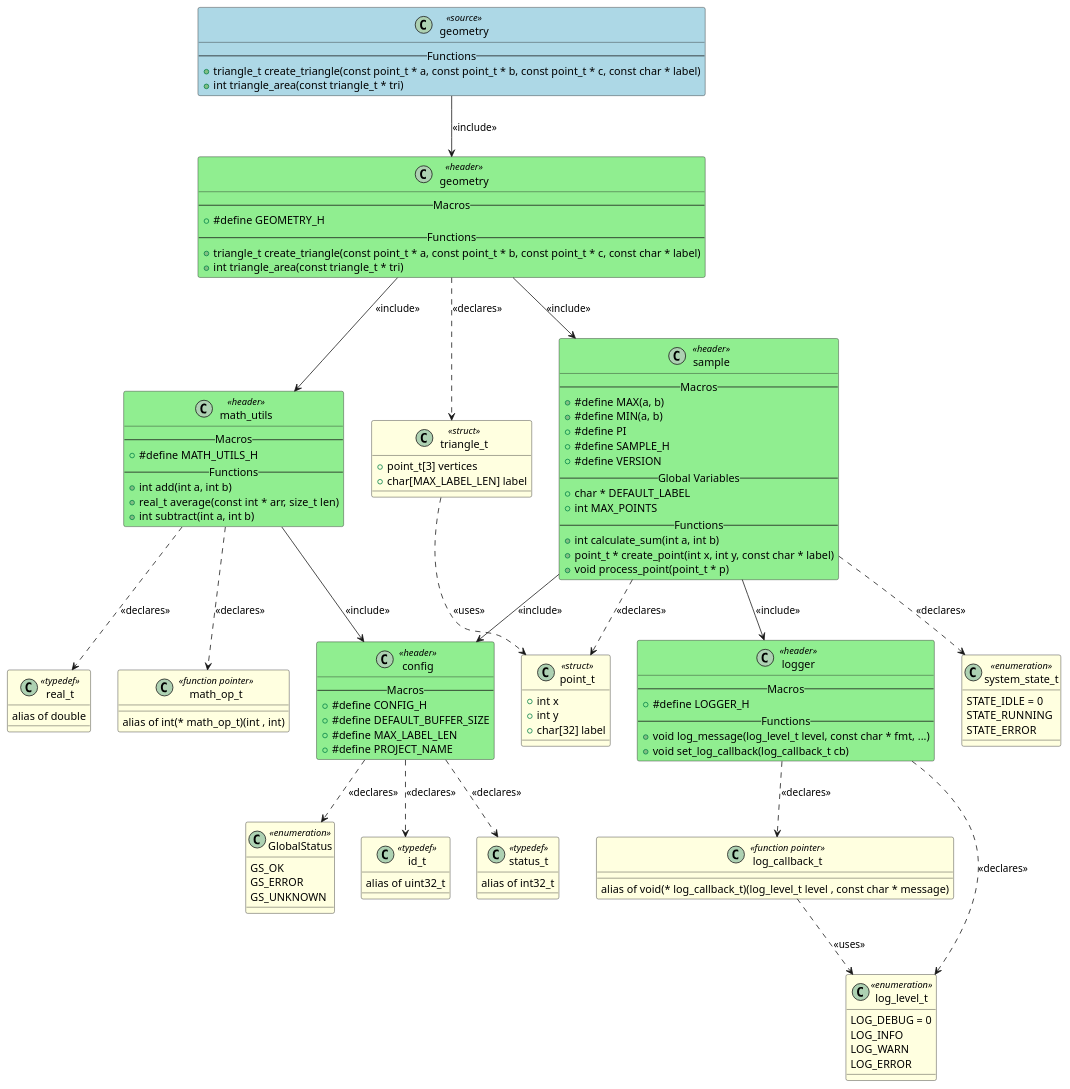
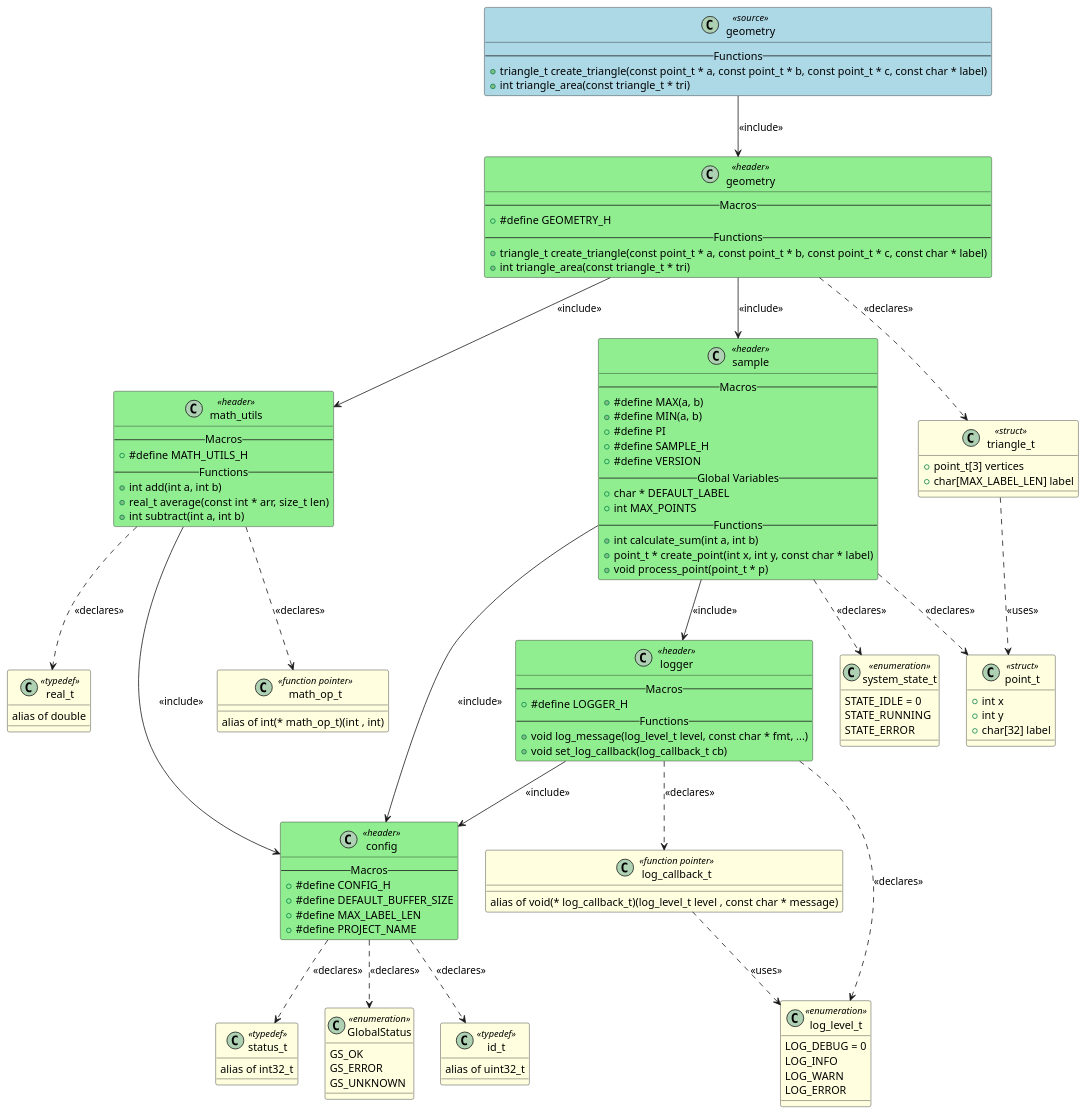
The diagram in artifacts/output_example/geometry.puml (fischerjooo/c2puml), drawn with PlantUML before and after one commit. The commit also changed 24 other files, not shown here.

Commit message:
Add include_filter_local_only option to control header include relations

```diff
--- a/artifacts/output_example/geometry.puml
+++ b/artifacts/output_example/geometry.puml
@@ -1,149 +1,150 @@
 @startuml geometry
 
 class "geometry" as GEOMETRY <<source>> #LightBlue
 {
     -- Functions --
     + triangle_t create_triangle(const point_t * a, const point_t * b, const point_t * c, const char * label)
     + int triangle_area(const triangle_t * tri)
 }
 
 class "config" as HEADER_CONFIG <<header>> #LightGreen
 {
     -- Macros --
     + #define CONFIG_H
     + #define DEFAULT_BUFFER_SIZE
     + #define MAX_LABEL_LEN
     + #define PROJECT_NAME
 }
 
 class "geometry" as HEADER_GEOMETRY <<header>> #LightGreen
 {
     -- Macros --
     + #define GEOMETRY_H
     -- Functions --
     + triangle_t create_triangle(const point_t * a, const point_t * b, const point_t * c, const char * label)
     + int triangle_area(const triangle_t * tri)
 }
 
 class "logger" as HEADER_LOGGER <<header>> #LightGreen
 {
     -- Macros --
     + #define LOGGER_H
     -- Functions --
     + void log_message(log_level_t level, const char * fmt, ...)
     + void set_log_callback(log_callback_t cb)
 }
 
 class "math_utils" as HEADER_MATH_UTILS <<header>> #LightGreen
 {
     -- Macros --
     + #define MATH_UTILS_H
     -- Functions --
     + int add(int a, int b)
     + real_t average(const int * arr, size_t len)
     + int subtract(int a, int b)
 }
 
 class "sample" as HEADER_SAMPLE <<header>> #LightGreen
 {
     -- Macros --
     + #define MAX(a, b)
     + #define MIN(a, b)
     + #define PI
     + #define SAMPLE_H
     + #define VERSION
     -- Global Variables --
     + char * DEFAULT_LABEL
     + int MAX_POINTS
     -- Functions --
     + int calculate_sum(int a, int b)
     + point_t * create_point(int x, int y, const char * label)
     + void process_point(point_t * p)
 }
 
 class "GlobalStatus" as TYPEDEF_GLOBALSTATUS <<enumeration>> #LightYellow
 {
     GS_OK
     GS_ERROR
     GS_UNKNOWN
 }
 
 class "id_t" as TYPEDEF_ID_T <<typedef>> #LightYellow
 {
     alias of uint32_t
 }
 
 class "status_t" as TYPEDEF_STATUS_T <<typedef>> #LightYellow
 {
     alias of int32_t
 }
 
 class "triangle_t" as TYPEDEF_TRIANGLE_T <<struct>> #LightYellow
 {
     + point_t[3] vertices
     + char[MAX_LABEL_LEN] label
 }
 
 class "log_level_t" as TYPEDEF_LOG_LEVEL_T <<enumeration>> #LightYellow
 {
     LOG_DEBUG = 0
     LOG_INFO
     LOG_WARN
     LOG_ERROR
 }
 
 class "log_callback_t" as TYPEDEF_LOG_CALLBACK_T <<function pointer>> #LightYellow
 {
     alias of void(* log_callback_t)(log_level_t level , const char * message)
 }
 
 class "math_op_t" as TYPEDEF_MATH_OP_T <<function pointer>> #LightYellow
 {
     alias of int(* math_op_t)(int , int)
 }
 
 class "real_t" as TYPEDEF_REAL_T <<typedef>> #LightYellow
 {
     alias of double
 }
 
 class "point_t" as TYPEDEF_POINT_T <<struct>> #LightYellow
 {
     + int x
     + int y
     + char[32] label
 }
 
 class "system_state_t" as TYPEDEF_SYSTEM_STATE_T <<enumeration>> #LightYellow
 {
     STATE_IDLE = 0
     STATE_RUNNING
     STATE_ERROR
 }
 
 
 ' Include relationships
 GEOMETRY --> HEADER_GEOMETRY : <<include>>
 HEADER_GEOMETRY --> HEADER_MATH_UTILS : <<include>>
 HEADER_GEOMETRY --> HEADER_SAMPLE : <<include>>
+HEADER_LOGGER --> HEADER_CONFIG : <<include>>
 HEADER_MATH_UTILS --> HEADER_CONFIG : <<include>>
 HEADER_SAMPLE --> HEADER_CONFIG : <<include>>
 HEADER_SAMPLE --> HEADER_LOGGER : <<include>>
 
 ' Declaration relationships
 HEADER_CONFIG ..> TYPEDEF_GLOBALSTATUS : <<declares>>
 HEADER_CONFIG ..> TYPEDEF_ID_T : <<declares>>
 HEADER_CONFIG ..> TYPEDEF_STATUS_T : <<declares>>
 HEADER_GEOMETRY ..> TYPEDEF_TRIANGLE_T : <<declares>>
 HEADER_LOGGER ..> TYPEDEF_LOG_LEVEL_T : <<declares>>
 HEADER_LOGGER ..> TYPEDEF_LOG_CALLBACK_T : <<declares>>
 HEADER_MATH_UTILS ..> TYPEDEF_MATH_OP_T : <<declares>>
 HEADER_MATH_UTILS ..> TYPEDEF_REAL_T : <<declares>>
 HEADER_SAMPLE ..> TYPEDEF_POINT_T : <<declares>>
 HEADER_SAMPLE ..> TYPEDEF_SYSTEM_STATE_T : <<declares>>
 
 ' Uses relationships
 TYPEDEF_TRIANGLE_T ..> TYPEDEF_POINT_T : <<uses>>
 TYPEDEF_LOG_CALLBACK_T ..> TYPEDEF_LOG_LEVEL_T : <<uses>>
 
 @enduml
```
